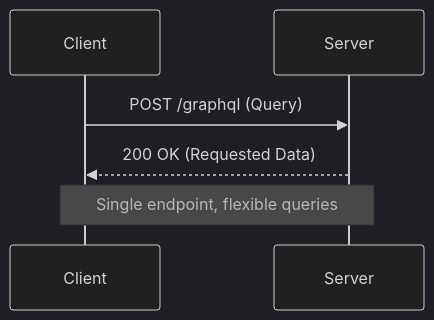
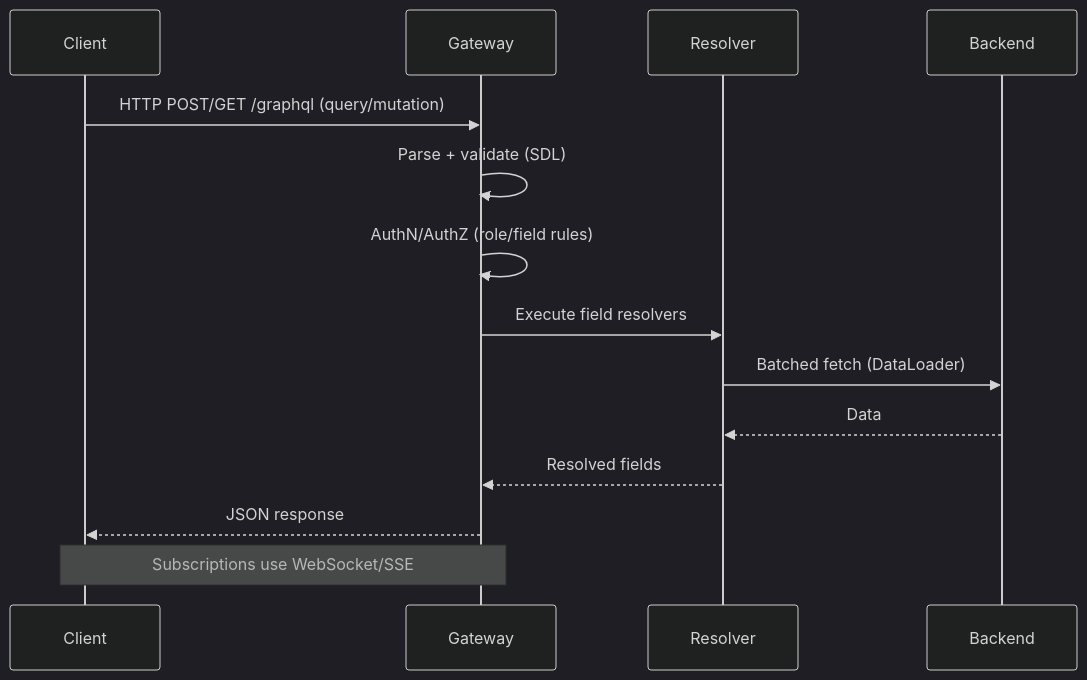
One commit to brandon-benge/InterviewPrep changed the second of 2 diagrams in system-design/components/graphql-api.md. Above: the diagram before and after it, drawn with Mermaid (dark theme). The commit also changed other lines of this file and 1 other file, not shown here.

Commit message:
Added content on graph api and graph systems in general.

````diff
--- a/system-design/components/graphql-api.md
+++ b/system-design/components/graphql-api.md
@@ -31,8 +50,16 @@
 ```mermaid
 sequenceDiagram
   participant Client
-  participant Server
-  Client->>Server: POST /graphql (Query)
-  Server-->>Client: 200 OK (Requested Data)
-  Note over Client,Server: Single endpoint, flexible queries
+  participant Gateway
+  participant Resolver
+  participant Backend
+  Client->>Gateway: HTTP POST/GET /graphql (query/mutation)
+  Gateway->>Gateway: Parse + validate (SDL)
+  Gateway->>Gateway: AuthN/AuthZ (role/field rules)
+  Gateway->>Resolver: Execute field resolvers
+  Resolver->>Backend: Batched fetch (DataLoader)
+  Backend-->>Resolver: Data
+  Resolver-->>Gateway: Resolved fields
+  Gateway-->>Client: JSON response
+  Note over Client,Gateway: Subscriptions use WebSocket/SSE
 ```
````
